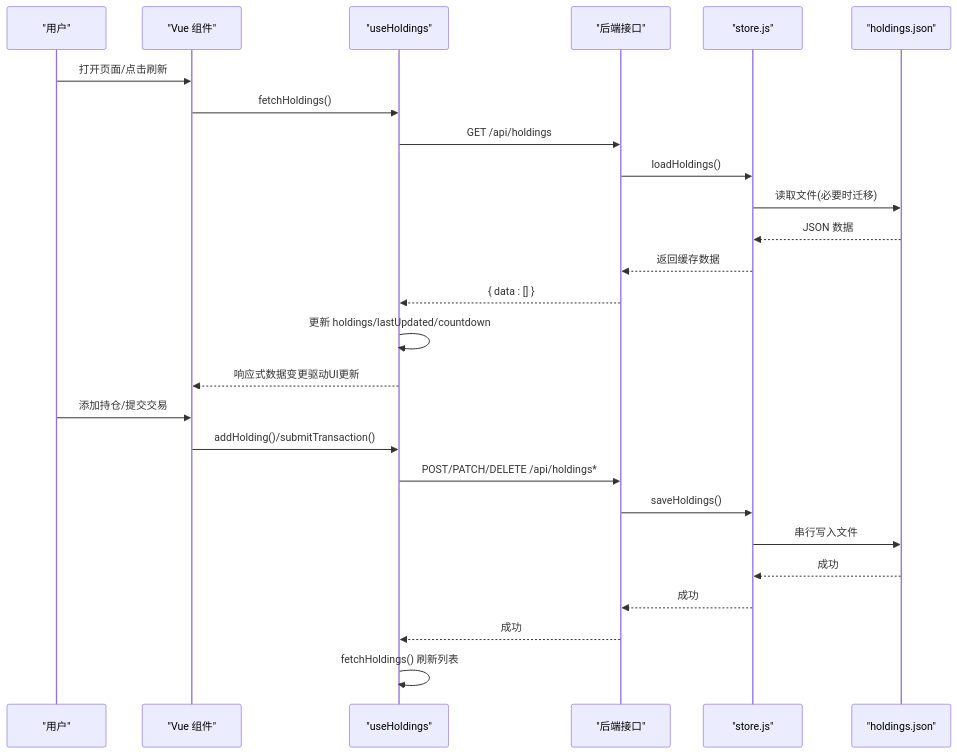
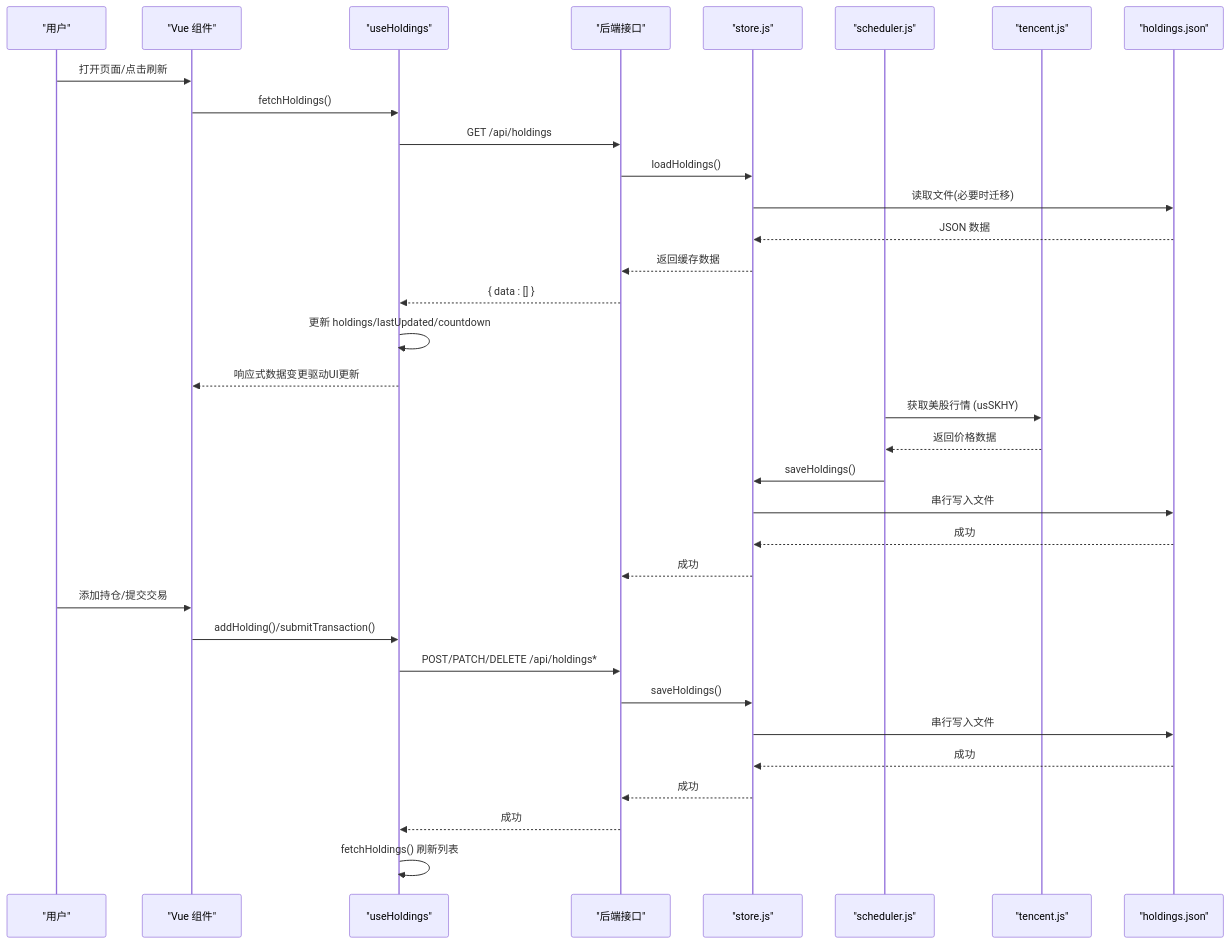
The second of 6 diagrams in .qoder/repowiki/zh/content/前端架构/状态管理/持仓状态管理.md (salenju/stock-advisor), drawn with Mermaid before and after one commit. The commit also changed other lines of this file and 5 other files, not shown here.

````diff
--- a/.qoder/repowiki/zh/content/前端架构/状态管理/持仓状态管理.md
+++ b/.qoder/repowiki/zh/content/前端架构/状态管理/持仓状态管理.md
@@ -78,28 +93,36 @@
 ```mermaid
 sequenceDiagram
 participant U as "用户"
 participant C as "Vue 组件"
 participant H as "useHoldings"
 participant S as "后端接口"
 participant ST as "store.js"
+participant SCH as "scheduler.js"
+participant P as "tencent.js"
 participant D as "holdings.json"
 U->>C : 打开页面/点击刷新
 C->>H : fetchHoldings()
 H->>S : GET /api/holdings
 S->>ST : loadHoldings()
 ST->>D : 读取文件(必要时迁移)
 D-->>ST : JSON 数据
 ST-->>S : 返回缓存数据
 S-->>H : { data : [] }
 H->>H : 更新 holdings/lastUpdated/countdown
 H-->>C : 响应式数据变更驱动UI更新
+SCH->>P : 获取美股行情 (usSKHY)
+P-->>SCH : 返回价格数据
+SCH->>ST : saveHoldings()
+ST->>D : 串行写入文件
+D-->>ST : 成功
+ST-->>S : 成功
 U->>C : 添加持仓/提交交易
 C->>H : addHolding()/submitTransaction()
 H->>S : POST/PATCH/DELETE /api/holdings*
 S->>ST : saveHoldings()
 ST->>D : 串行写入文件
 D-->>ST : 成功
 ST-->>S : 成功
 S-->>H : 成功
 H->>H : fetchHoldings() 刷新列表
 ```
````
